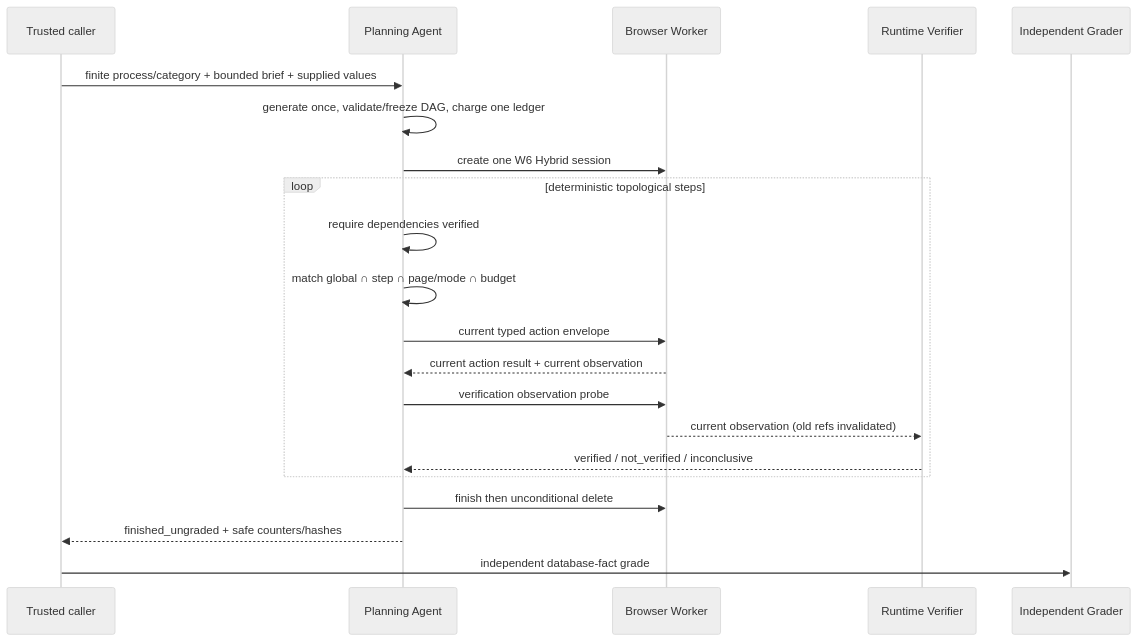
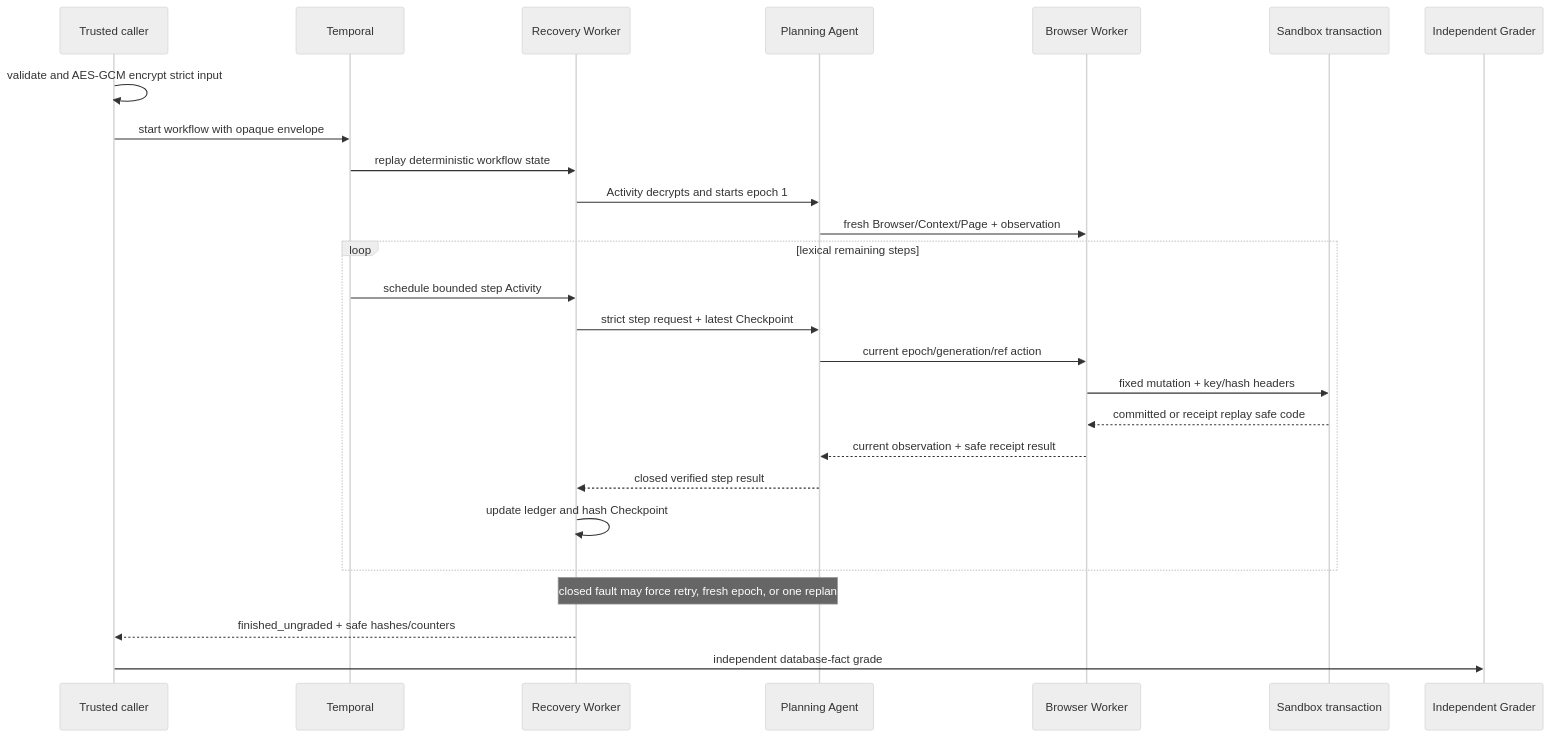
Before and after one commit to taka-wzx/flowpilot-arena: the second of 2 diagrams in docs/architecture.md, drawn with Mermaid (neutral theme). The commit also changed other lines of this file and 66 other files, not shown here.

```diff
--- a/docs/architecture.md
+++ b/docs/architecture.md
@@ -41,24 +35,29 @@
 ~~~mermaid
 sequenceDiagram
     participant C as Trusted caller
+    participant T as Temporal
+    participant R as Recovery Worker
     participant P as Planning Agent
-    participant W as Browser Worker
-    participant V as Runtime Verifier
+    participant B as Browser Worker
+    participant S as Sandbox transaction
     participant G as Independent Grader
 
-    C->>P: finite process/category + bounded brief + supplied values
-    P->>P: generate once, validate/freeze DAG, charge one ledger
-    P->>W: create one W6 Hybrid session
-    loop deterministic topological steps
-        P->>P: require dependencies verified
-        P->>P: match global ∩ step ∩ page/mode ∩ budget
-        P->>W: current typed action envelope
-        W-->>P: current action result + current observation
-        P->>W: verification observation probe
-        W-->>V: current observation (old refs invalidated)
-        V-->>P: verified / not_verified / inconclusive
+    C->>C: validate and AES-GCM encrypt strict input
+    C->>T: start workflow with opaque envelope
+    T->>R: replay deterministic workflow state
+    R->>P: Activity decrypts and starts epoch 1
+    P->>B: fresh Browser/Context/Page + observation
+    loop lexical remaining steps
+        T->>R: schedule bounded step Activity
+        R->>P: strict step request + latest Checkpoint
+        P->>B: current epoch/generation/ref action
+        B->>S: fixed mutation + key/hash headers
+        S-->>B: committed or receipt replay safe code
+        B-->>P: current observation + safe receipt result
+        P-->>R: closed verified step result
+        R->>R: update ledger and hash Checkpoint
     end
-    P->>W: finish then unconditional delete
-    P-->>C: finished_ungraded + safe counters/hashes
+    Note over R,P: closed fault may force retry, fresh epoch, or one replan
+    R-->>C: finished_ungraded + safe hashes/counters
     C->>G: independent database-fact grade
 ~~~
```
